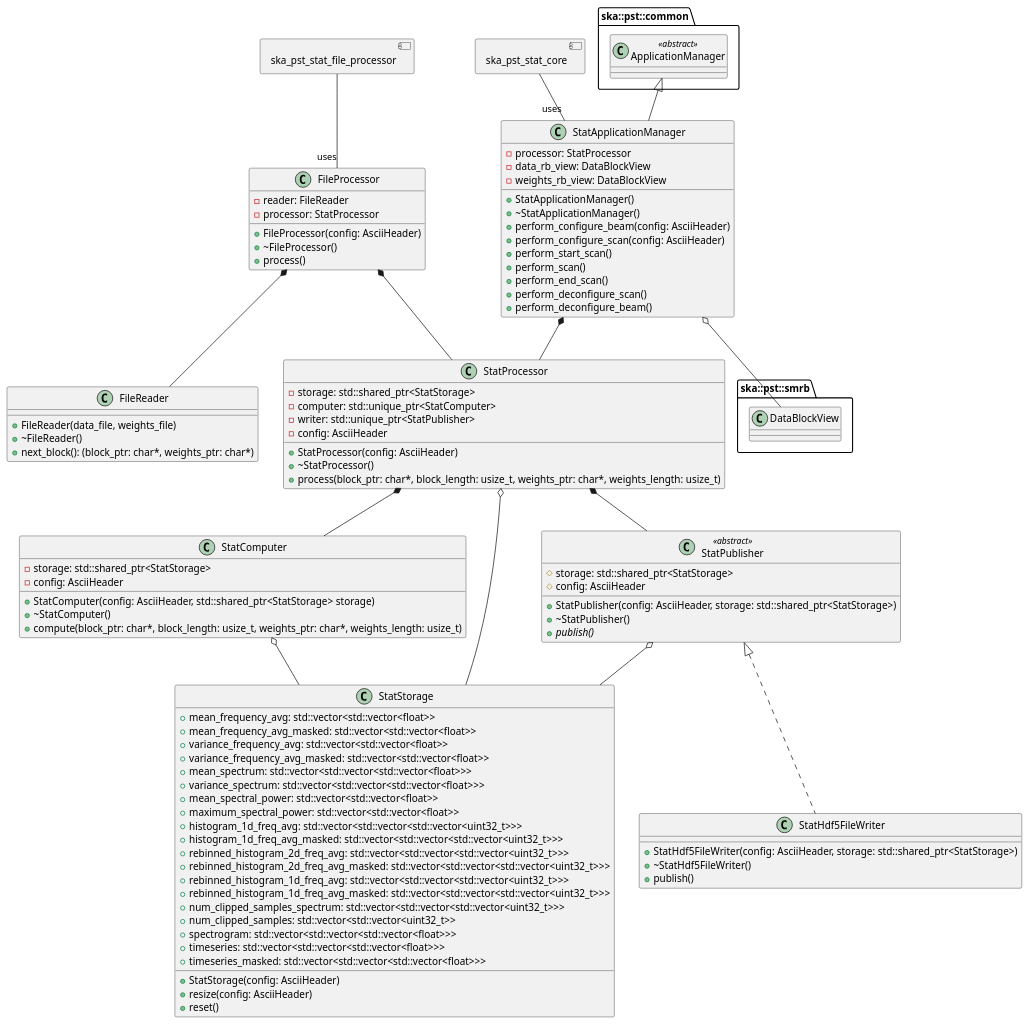
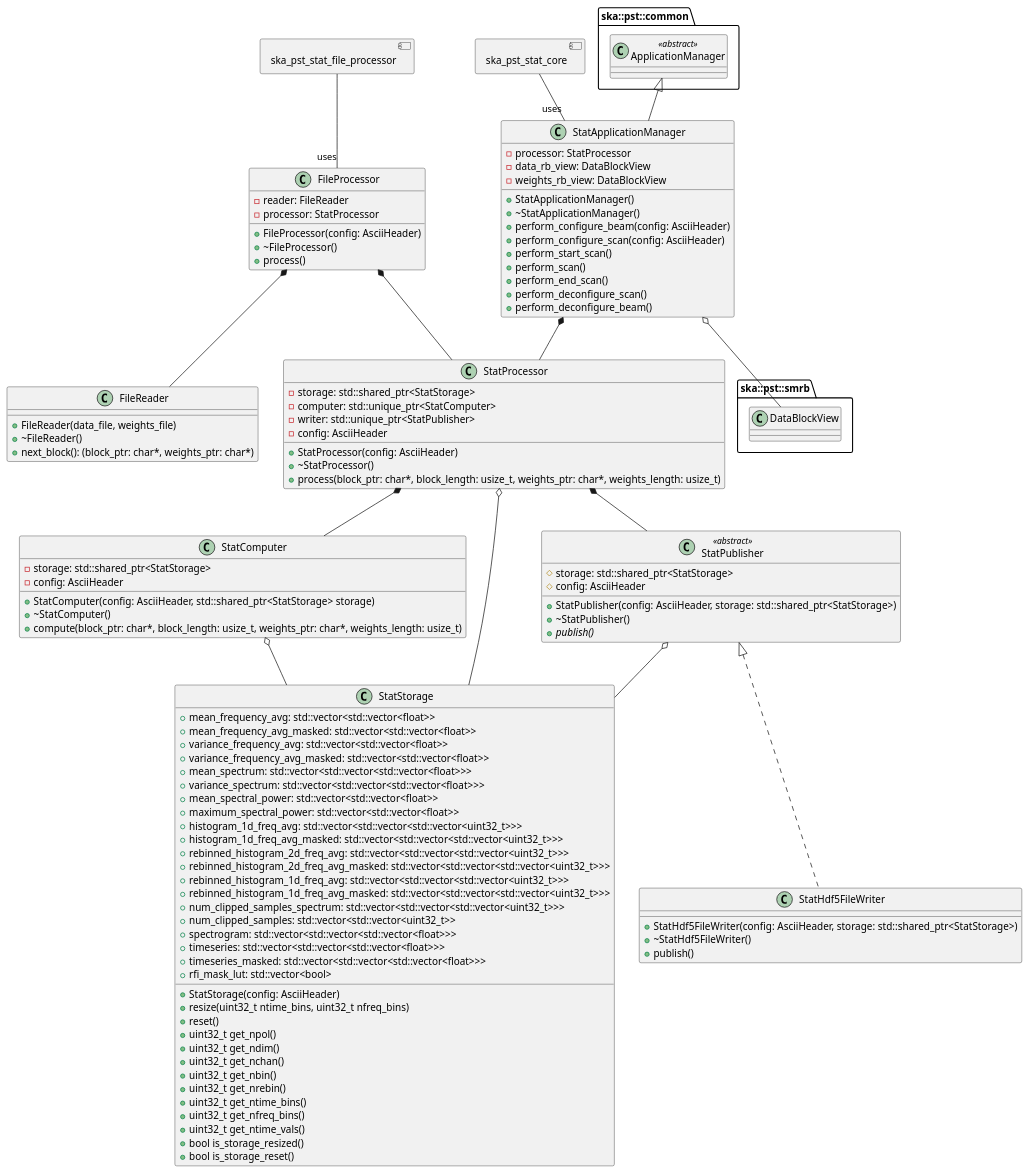
One commit to ska-telescope/ska-pst-stat changed the diagram in docs/src/architecture/class_diagram.puml. Above: the diagram before and after it, drawn with PlantUML. The commit also changed 4 other files, not shown here.

```diff
--- a/docs/src/architecture/class_diagram.puml
+++ b/docs/src/architecture/class_diagram.puml
@@ -1,116 +1,127 @@
 @startuml PST Stat Class Diagram
 allow_mixing
 
 package ska::pst::common {
   class ApplicationManager <<abstract>>
 
-} 
+}
 package ska::pst::smrb {
   class DataBlockView
-} 
+}
 
 class StatApplicationManager {
   + StatApplicationManager()
   + ~StatApplicationManager()
   + perform_configure_beam(config: AsciiHeader)
   + perform_configure_scan(config: AsciiHeader)
   + perform_start_scan()
   + perform_scan()
   + perform_end_scan()
   + perform_deconfigure_scan()
   + perform_deconfigure_beam()
   - processor: StatProcessor
   - data_rb_view: DataBlockView
   - weights_rb_view: DataBlockView
 }
 
 class FileProcessor {
   + FileProcessor(config: AsciiHeader)
   + ~FileProcessor()
   + process()
   - reader: FileReader
   - processor: StatProcessor
 }
 
 class FileReader {
   + FileReader(data_file, weights_file)
   + ~FileReader()
   + next_block(): (block_ptr: char*, weights_ptr: char*)
 }
 
 class StatProcessor {
   + StatProcessor(config: AsciiHeader)
   + ~StatProcessor()
   + process(block_ptr: char*, block_length: usize_t, weights_ptr: char*, weights_length: usize_t)
-  - storage: std::shared_ptr<StatStorage> 
+  - storage: std::shared_ptr<StatStorage>
   - computer: std::unique_ptr<StatComputer>
   - writer: std::unique_ptr<StatPublisher>
   - config: AsciiHeader
 }
 
 class StatComputer {
   + StatComputer(config: AsciiHeader, std::shared_ptr<StatStorage> storage)
   + ~StatComputer()
   + compute(block_ptr: char*, block_length: usize_t, weights_ptr: char*, weights_length: usize_t)
-  - storage: std::shared_ptr<StatStorage> 
+  - storage: std::shared_ptr<StatStorage>
   - config: AsciiHeader
 }
 
 class StatStorage {
   + StatStorage(config: AsciiHeader)
-  + resize(config: AsciiHeader)
+  + resize(uint32_t ntime_bins, uint32_t nfreq_bins)
   + reset()
+  + uint32_t get_npol()
+  + uint32_t get_ndim()
+  + uint32_t get_nchan()
+  + uint32_t get_nbin()
+  + uint32_t get_nrebin()
+  + uint32_t get_ntime_bins()
+  + uint32_t get_nfreq_bins()
+  + uint32_t get_ntime_vals()
+  + bool is_storage_resized()
+  + bool is_storage_reset()
   + mean_frequency_avg: std::vector<std::vector<float>>
   + mean_frequency_avg_masked: std::vector<std::vector<float>>
   + variance_frequency_avg: std::vector<std::vector<float>>
   + variance_frequency_avg_masked: std::vector<std::vector<float>>
   + mean_spectrum: std::vector<std::vector<std::vector<float>>>
   + variance_spectrum: std::vector<std::vector<std::vector<float>>>
   + mean_spectral_power: std::vector<std::vector<float>>
   + maximum_spectral_power: std::vector<std::vector<float>>
   + histogram_1d_freq_avg: std::vector<std::vector<std::vector<uint32_t>>>
   + histogram_1d_freq_avg_masked: std::vector<std::vector<std::vector<uint32_t>>>
   + rebinned_histogram_2d_freq_avg: std::vector<std::vector<std::vector<uint32_t>>>
   + rebinned_histogram_2d_freq_avg_masked: std::vector<std::vector<std::vector<uint32_t>>>
   + rebinned_histogram_1d_freq_avg: std::vector<std::vector<std::vector<uint32_t>>>
   + rebinned_histogram_1d_freq_avg_masked: std::vector<std::vector<std::vector<uint32_t>>>
   + num_clipped_samples_spectrum: std::vector<std::vector<std::vector<uint32_t>>>
   + num_clipped_samples: std::vector<std::vector<uint32_t>>
   + spectrogram: std::vector<std::vector<std::vector<float>>>
   + timeseries: std::vector<std::vector<std::vector<float>>>
   + timeseries_masked: std::vector<std::vector<std::vector<float>>>
+  + rfi_mask_lut: std::vector<bool>
 }
 
 class StatPublisher <<abstract>> {
   # storage: std::shared_ptr<StatStorage>
   # config: AsciiHeader
   + StatPublisher(config: AsciiHeader, storage: std::shared_ptr<StatStorage>)
   + ~StatPublisher()
   {abstract} + publish()
 }
 
 class StatHdf5FileWriter implements StatPublisher {
   + StatHdf5FileWriter(config: AsciiHeader, storage: std::shared_ptr<StatStorage>)
   + ~StatHdf5FileWriter()
   + publish()
 }
 
 StatProcessor *-- StatComputer
 StatProcessor *-- StatPublisher
-StatProcessor o-- StatStorage 
+StatProcessor o-- StatStorage
 StatComputer o-- StatStorage
 StatPublisher o-- StatStorage
 
 ApplicationManager <|-- StatApplicationManager
 StatApplicationManager o-- DataBlockView
 StatApplicationManager *-- StatProcessor
 
 FileProcessor *-- FileReader
 FileProcessor *-- StatProcessor
 
 component ska_pst_stat_core
 ska_pst_stat_core -- "uses" StatApplicationManager
 component ska_pst_stat_file_processor
 ska_pst_stat_file_processor -- "uses" FileProcessor
 
 @enduml
```
